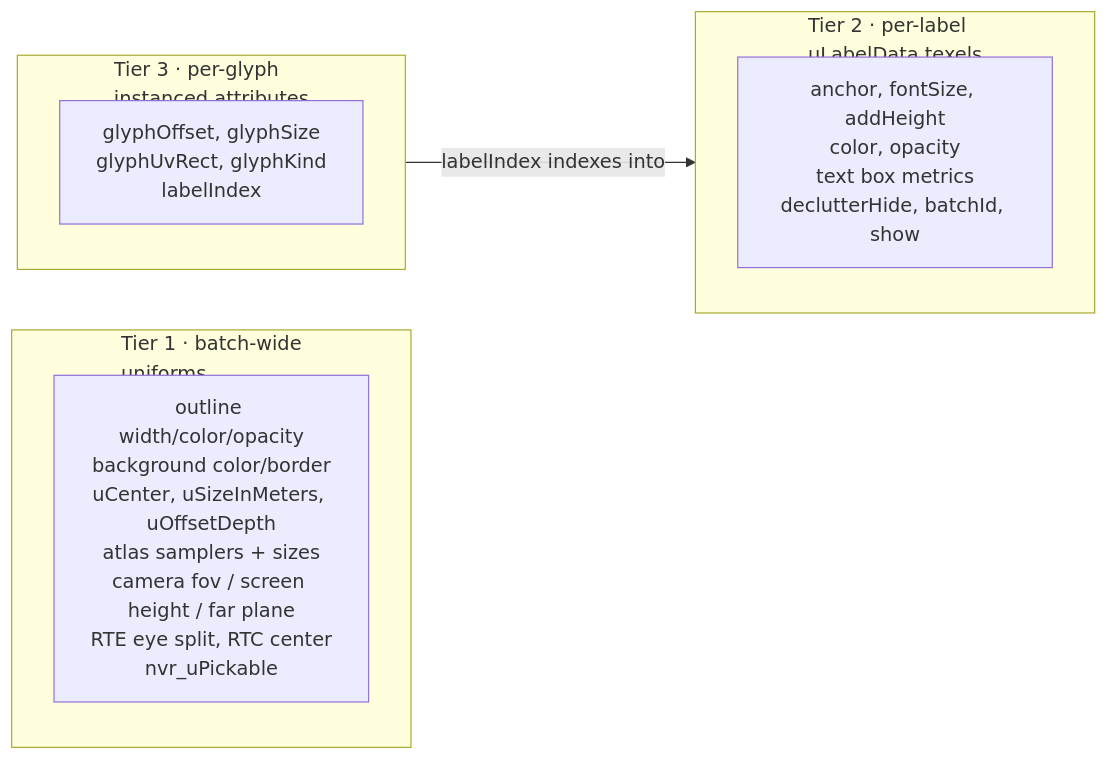
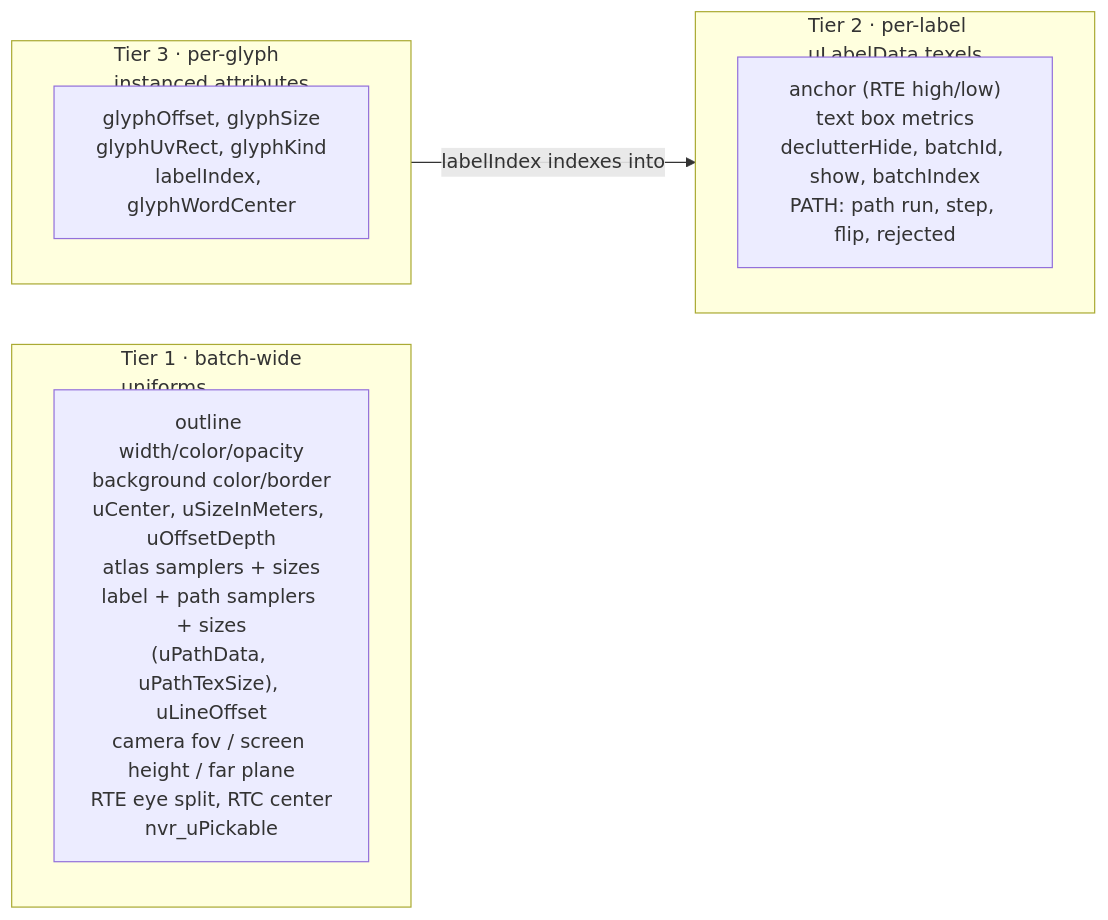
One commit to adel-elmala/navara changed the diagram in guide/TEXT_BATCHING.md. Above: the diagram before and after it, drawn with Mermaid. The commit also changed other lines of this file and 30 other files, not shown here.

````diff
--- a/guide/TEXT_BATCHING.md
+++ b/guide/TEXT_BATCHING.md
@@ -30,13 +31,13 @@
 ```mermaid
 flowchart LR
   subgraph U["Tier 1 · batch-wide<br/>uniforms"]
-    U1["outline width/color/opacity<br/>background color/border<br/>uCenter, uSizeInMeters, uOffsetDepth<br/>atlas samplers + sizes<br/>camera fov / screen height / far plane<br/>RTE eye split, RTC center<br/>nvr_uPickable"]
+    U1["outline width/color/opacity<br/>background color/border<br/>uCenter, uSizeInMeters, uOffsetDepth<br/>atlas samplers + sizes<br/>label + path samplers + sizes<br/>(uPathData, uPathTexSize), uLineOffset<br/>camera fov / screen height / far plane<br/>RTE eye split, RTC center<br/>nvr_uPickable"]
   end
   subgraph L["Tier 2 · per-label<br/>uLabelData texels"]
-    L1["anchor, fontSize, addHeight<br/>color, opacity<br/>text box metrics<br/>declutterHide, batchId, show"]
+    L1["anchor (RTE high/low)<br/>text box metrics<br/>declutterHide, batchId, show, batchIndex<br/>PATH: path run, step, flip, rejected"]
   end
   subgraph G["Tier 3 · per-glyph<br/>instanced attributes"]
-    G1["glyphOffset, glyphSize<br/>glyphUvRect, glyphKind<br/>labelIndex"]
+    G1["glyphOffset, glyphSize<br/>glyphUvRect, glyphKind<br/>labelIndex, glyphWordCenter"]
   end
   G -->|"labelIndex indexes into"| L
 ```
````
